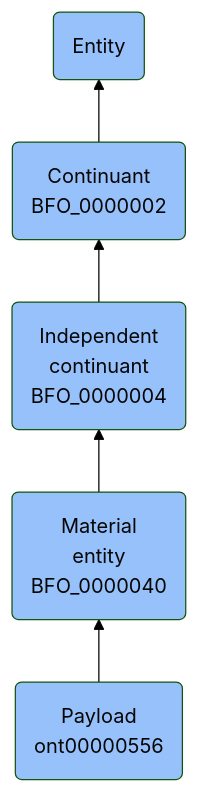
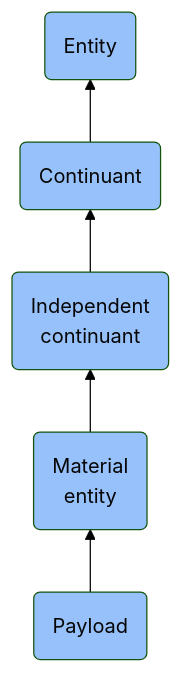
One commit to jupyter-naas/abi changed the diagram in docs/ontology/reference/model/Entity/Continuant/Independent continuant/Material entity/Payload/Payload.md. Above: the diagram before and after it, drawn with Mermaid (forest theme). The commit also changed other lines of this file and 1430 other files, not shown here.

````diff
--- a/docs/ontology/reference/model/Entity/Continuant/Independent continuant/Material entity/Payload/Payload.md
+++ b/docs/ontology/reference/model/Entity/Continuant/Independent continuant/Material entity/Payload/Payload.md
@@ -24,12 +24,12 @@
 ```mermaid
 graph BT
-    ont00000556(Payload<br>ont00000556):::BFO-->BFO_0000040
-    BFO_0000040(Material<br>entity<br>BFO_0000040):::BFO-->BFO_0000004
-    BFO_0000004(Independent<br>continuant<br>BFO_0000004):::BFO-->BFO_0000002
-    BFO_0000002(Continuant<br>BFO_0000002):::BFO-->BFO_0000001
+    ont00000556(Payload):::BFO-->BFO_0000040
+    BFO_0000040(Material<br>entity):::BFO-->BFO_0000004
+    BFO_0000004(Independent<br>continuant):::BFO-->BFO_0000002
+    BFO_0000002(Continuant):::BFO-->BFO_0000001
     BFO_0000001(Entity):::BFO
     
     classDef BFO fill:#97c1fb,color:#060606
     classDef CCO fill:#e4c51e,color:#060606
     classDef ABI fill:#48DD82,color:#060606
 ```
````
